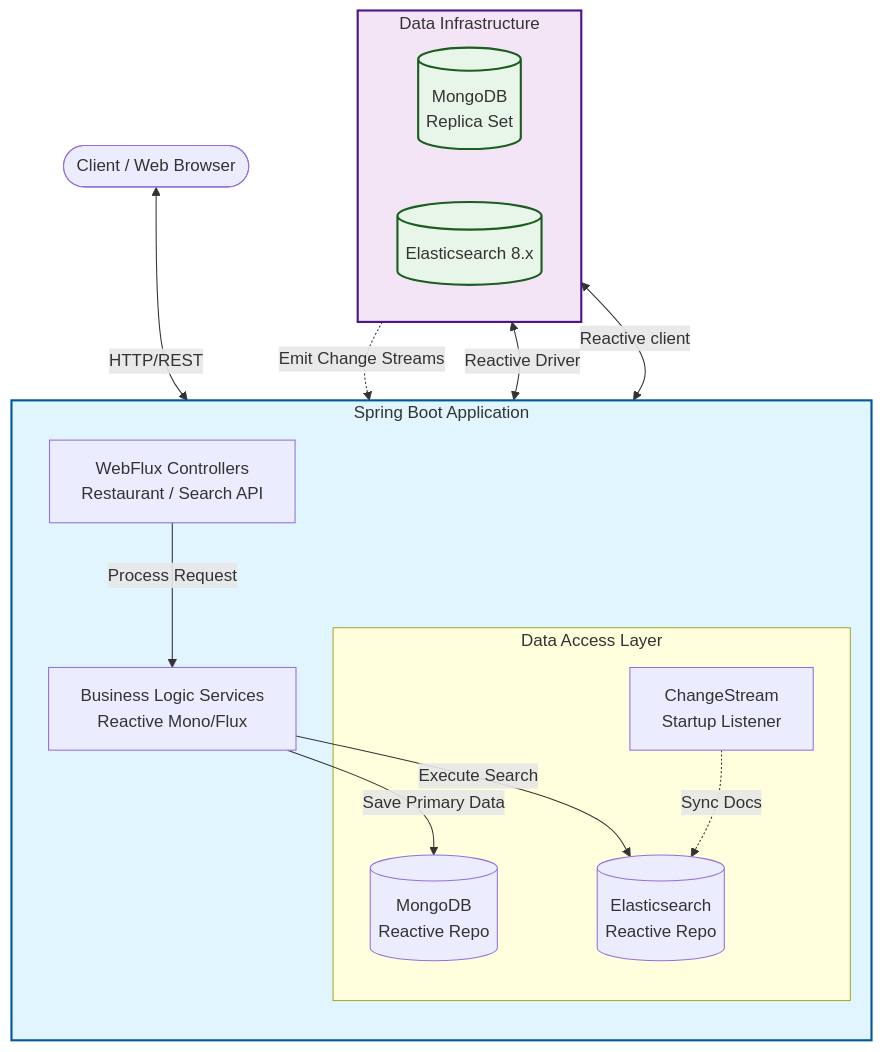
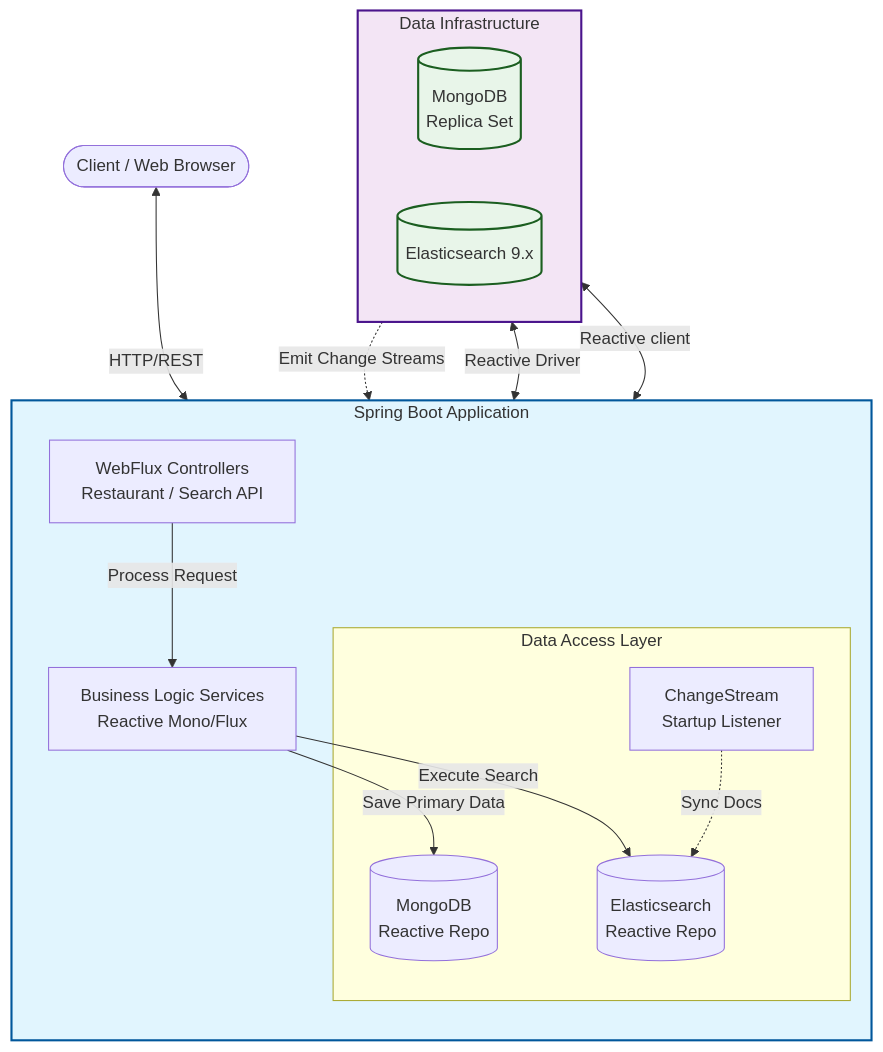
The second of 5 diagrams in boot-mongodb-elasticsearch/README.md (rajadilipkolli/my-spring-boot-experiments), drawn with Mermaid before and after one commit. The commit also changed other lines of this file and 20 other files, not shown here.

````diff
--- a/boot-mongodb-elasticsearch/README.md
+++ b/boot-mongodb-elasticsearch/README.md
@@ -19,43 +29,43 @@
 ```mermaid
 flowchart TB
     %% Definitions
     Client([Client / Web Browser])
     
     subgraph SpringBoot [Spring Boot Application]
         direction TB
         Controllers[WebFlux Controllers\nRestaurant / Search API]
         Services[Business Logic Services\nReactive Mono/Flux]
         
         subgraph DataAccess [Data Access Layer]
             MongoRepo[(MongoDB \n Reactive Repo)]
             ESRepo[(Elasticsearch \n Reactive Repo)]
             Listener[ChangeStream\nStartup Listener]
         end
         
         Controllers --> |Process Request| Services
         Services --> |Save Primary Data| MongoRepo
         Services --> |Execute Search| ESRepo
         Listener -.-> |Sync Docs| ESRepo
     end
     
     subgraph Infrastructure [Data Infrastructure]
         direction LR
         MongoDB[(MongoDB\nReplica Set)]
-        Elastic[(Elasticsearch 8.x)]
+        Elastic[(Elasticsearch 9.x)]
         
         MongoDB -.-> |Emit Change Streams| Listener
     end
     
     %% Connections
     Client <--> |HTTP/REST| Controllers
     MongoRepo <--> |Reactive Driver| MongoDB
     ESRepo <--> |Reactive client| Elastic
     
     classDef primary fill:#e1f5fe,stroke:#01579b,stroke-width:2px;
     classDef secondary fill:#f3e5f5,stroke:#4a148c,stroke-width:2px;
     classDef db fill:#e8f5e9,stroke:#1b5e20,stroke-width:2px;
     
     class SpringBoot primary;
     class Infrastructure secondary;
     class MongoDB,Elastic db;
 ```
````
